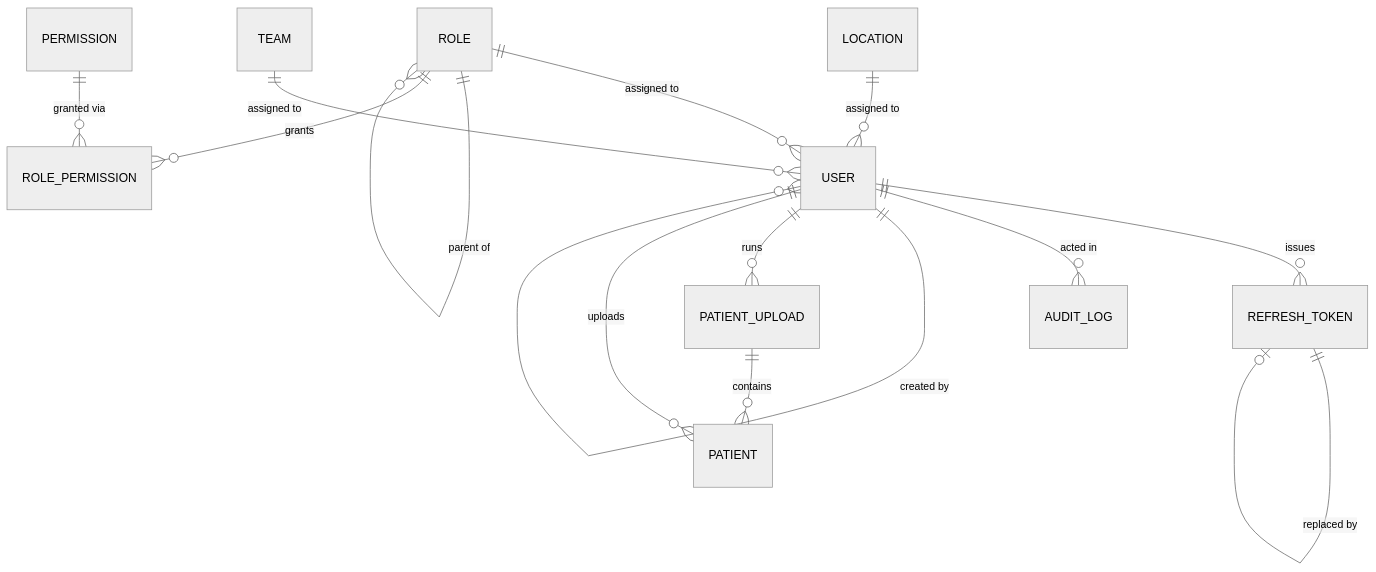
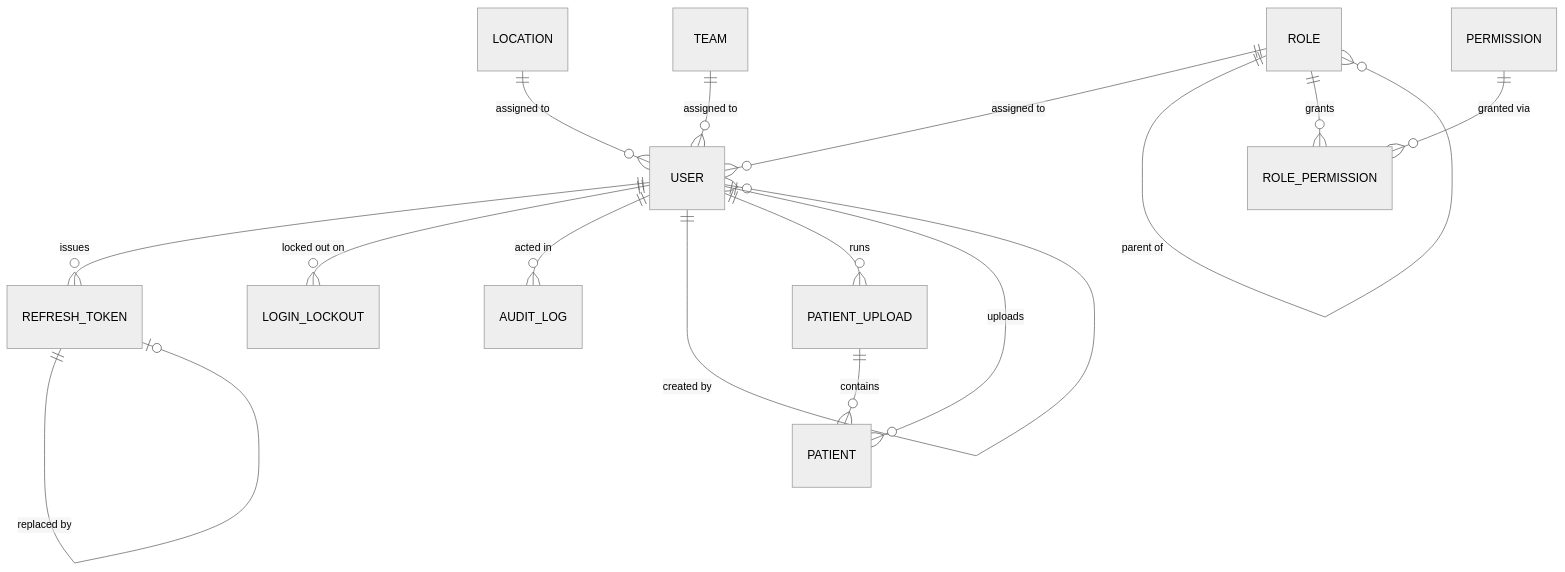
The diagram in docs/database-schema.md (FlamZey/patient-data-management), drawn with Mermaid (neutral theme) before and after one commit. The commit also changed other lines of this file and 3 other files, not shown here.

````diff
--- a/docs/database-schema.md
+++ b/docs/database-schema.md
@@ -7,16 +7,17 @@
 ```mermaid
 erDiagram
     ROLE ||--o{ USER : "assigned to"
     ROLE ||--o{ ROLE : "parent of"
     LOCATION ||--o{ USER : "assigned to"
     TEAM ||--o{ USER : "assigned to"
     ROLE ||--o{ ROLE_PERMISSION : grants
     PERMISSION ||--o{ ROLE_PERMISSION : "granted via"
     USER ||--o{ REFRESH_TOKEN : issues
+    USER ||--o{ LOGIN_LOCKOUT : "locked out on"
     USER ||--o{ AUDIT_LOG : "acted in"
     USER ||--o{ USER : "created by"
     REFRESH_TOKEN ||--o| REFRESH_TOKEN : "replaced by"
     USER ||--o{ PATIENT_UPLOAD : runs
     USER ||--o{ PATIENT : uploads
     PATIENT_UPLOAD ||--o{ PATIENT : contains
 ```
````
